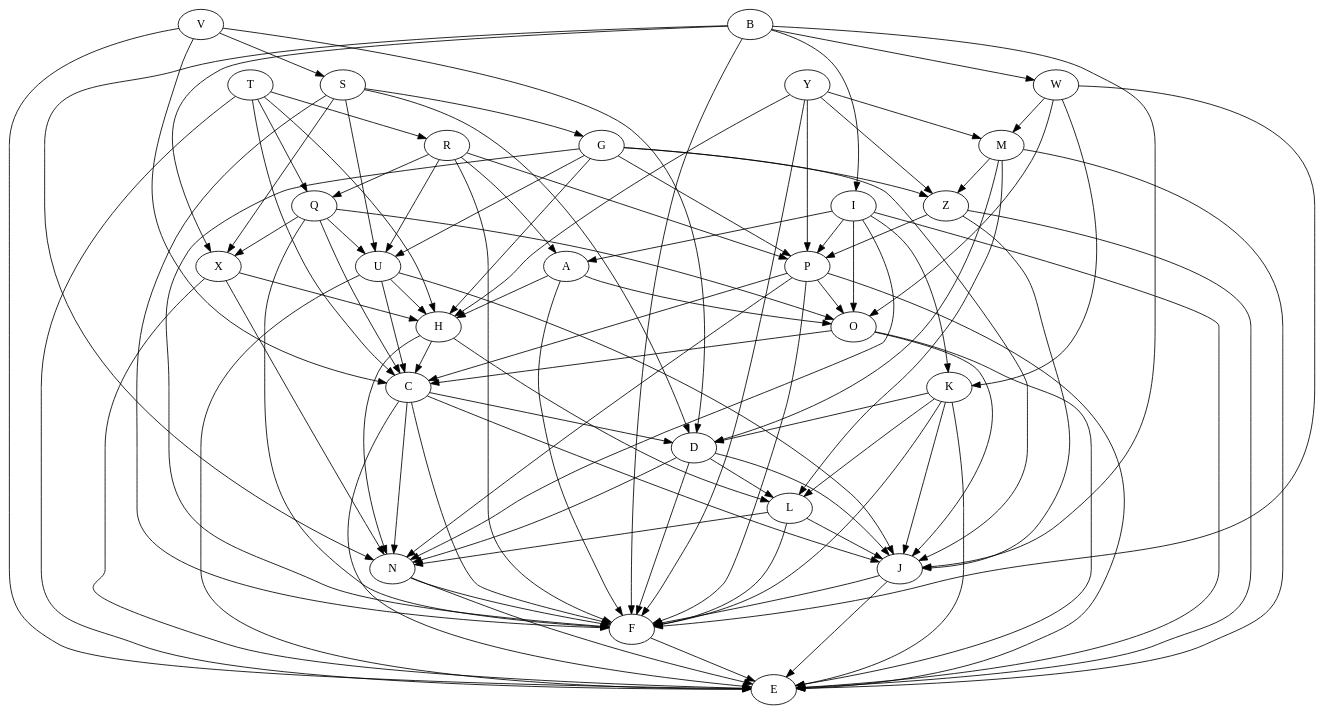
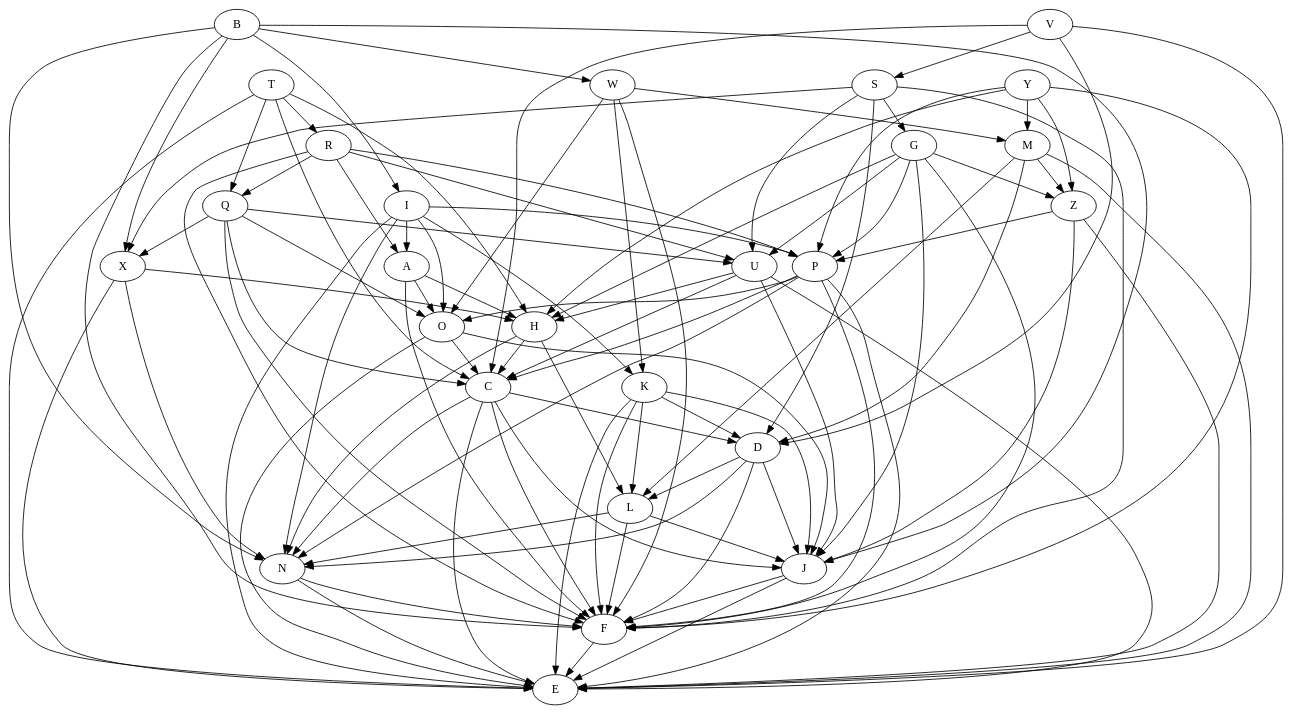
One commit to jsageryd/aoc changed the diagram in 2018/day-07/graph.dot. Above: the diagram before and after it, drawn with Graphviz. The commit also changed other lines of this file and 2 other files, not shown here.

Commit message:
Sort graph

```diff
--- a/2018/day-07/graph.dot
+++ b/2018/day-07/graph.dot
@@ -1,129 +1,129 @@
 digraph {
-  T;
+  A;
+  B;
   C;
-  V;
-  Y;
-  H;
-  R;
-  U;
-  B;
-  J;
-  Q;
-  O;
-  W;
-  S;
-  X;
-  I;
-  N;
-  M;
-  L;
-  A;
+  D;
+  E;
   F;
   G;
+  H;
+  I;
+  J;
+  K;
+  L;
+  M;
+  N;
+  O;
   P;
-  E;
+  Q;
+  R;
+  S;
+  T;
+  U;
+  V;
+  W;
+  X;
+  Y;
   Z;
-  K;
-  D;
-  T -> C;
-  V -> C;
-  Y -> H;
-  R -> U;
+  A -> F;
+  A -> H;
+  A -> O;
+  B -> F;
+  B -> I;
   B -> J;
+  B -> N;
+  B -> W;
+  B -> X;
+  C -> D;
+  C -> E;
+  C -> F;
+  C -> J;
+  C -> N;
+  D -> F;
+  D -> J;
+  D -> L;
+  D -> N;
+  F -> E;
+  G -> F;
+  G -> H;
+  G -> J;
+  G -> P;
+  G -> U;
+  G -> Z;
+  H -> C;
+  H -> L;
+  H -> N;
+  I -> A;
+  I -> E;
+  I -> K;
+  I -> N;
+  I -> O;
+  I -> P;
+  J -> E;
+  J -> F;
+  K -> D;
+  K -> E;
+  K -> F;
+  K -> J;
+  K -> L;
+  L -> F;
+  L -> J;
+  L -> N;
+  M -> D;
+  M -> E;
+  M -> L;
+  M -> Z;
+  N -> E;
+  N -> F;
+  O -> C;
+  O -> E;
+  O -> J;
+  P -> C;
+  P -> E;
+  P -> F;
+  P -> N;
+  P -> O;
+  Q -> C;
+  Q -> F;
   Q -> O;
-  W -> O;
-  S -> X;
-  I -> N;
-  X -> H;
-  M -> L;
-  A -> F;
-  G -> P;
-  U -> E;
-  Z -> E;
-  H -> L;
-  P -> C;
-  K -> F;
-  O -> C;
-  C -> F;
-  D -> L;
-  L -> F;
-  N -> E;
-  J -> F;
-  F -> E;
-  I -> A;
-  Z -> J;
-  I -> P;
-  T -> E;
-  R -> F;
-  U -> H;
-  K -> E;
-  D -> N;
-  U -> C;
-  D -> J;
-  N -> F;
-  C -> J;
-  U -> J;
-  A -> O;
-  H -> N;
-  P -> O;
-  I -> E;
-  G -> F;
-  O -> J;
-  Q -> F;
-  G -> J;
-  X -> E;
-  S -> D;
-  R -> P;
-  K -> L;
-  R -> Q;
-  L -> N;
-  Q -> C;
-  C -> D;
-  C -> N;
-  O -> E;
-  W -> F;
-  K -> D;
-  T -> H;
-  M -> D;
-  Y -> Z;
-  J -> E;
-  S -> F;
-  G -> U;
-  V -> S;
-  Y -> F;
-  G -> H;
-  T -> Q;
-  S -> U;
-  V -> D;
-  W -> M;
-  M -> E;
-  A -> H;
-  B -> F;
-  B -> N;
-  D -> F;
-  W -> K;
-  P -> E;
-  B -> X;
   Q -> U;
   Q -> X;
+  R -> A;
+  R -> F;
+  R -> P;
+  R -> Q;
+  R -> U;
+  S -> D;
+  S -> F;
+  S -> G;
+  S -> U;
+  S -> X;
+  T -> C;
+  T -> E;
+  T -> H;
+  T -> Q;
+  T -> R;
+  U -> C;
+  U -> E;
+  U -> H;
+  U -> J;
+  V -> C;
+  V -> D;
+  V -> E;
+  V -> S;
+  W -> F;
+  W -> K;
+  W -> M;
+  W -> O;
+  X -> E;
+  X -> H;
   X -> N;
-  M -> Z;
-  G -> Z;
-  S -> G;
-  P -> F;
-  I -> O;
-  R -> A;
-  L -> J;
-  B -> I;
-  C -> E;
-  B -> W;
-  P -> N;
-  H -> C;
-  K -> J;
+  Y -> F;
+  Y -> H;
   Y -> M;
+  Y -> P;
+  Y -> Z;
+  Z -> E;
+  Z -> J;
   Z -> P;
-  I -> K;
-  V -> E;
-  Y -> P;
-  T -> R;
 }
```
